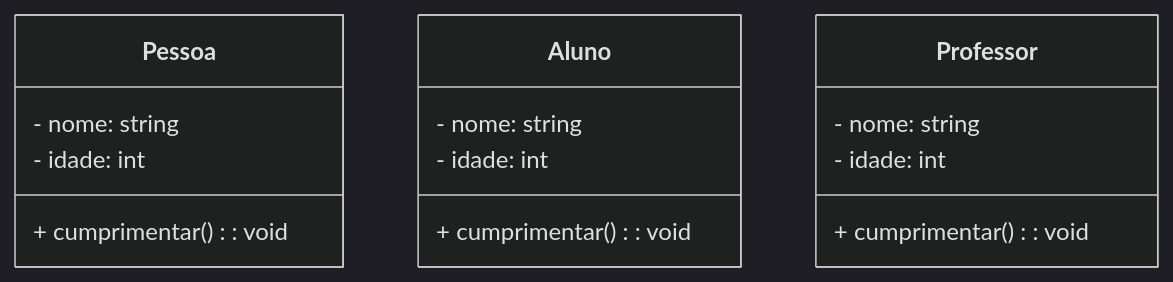
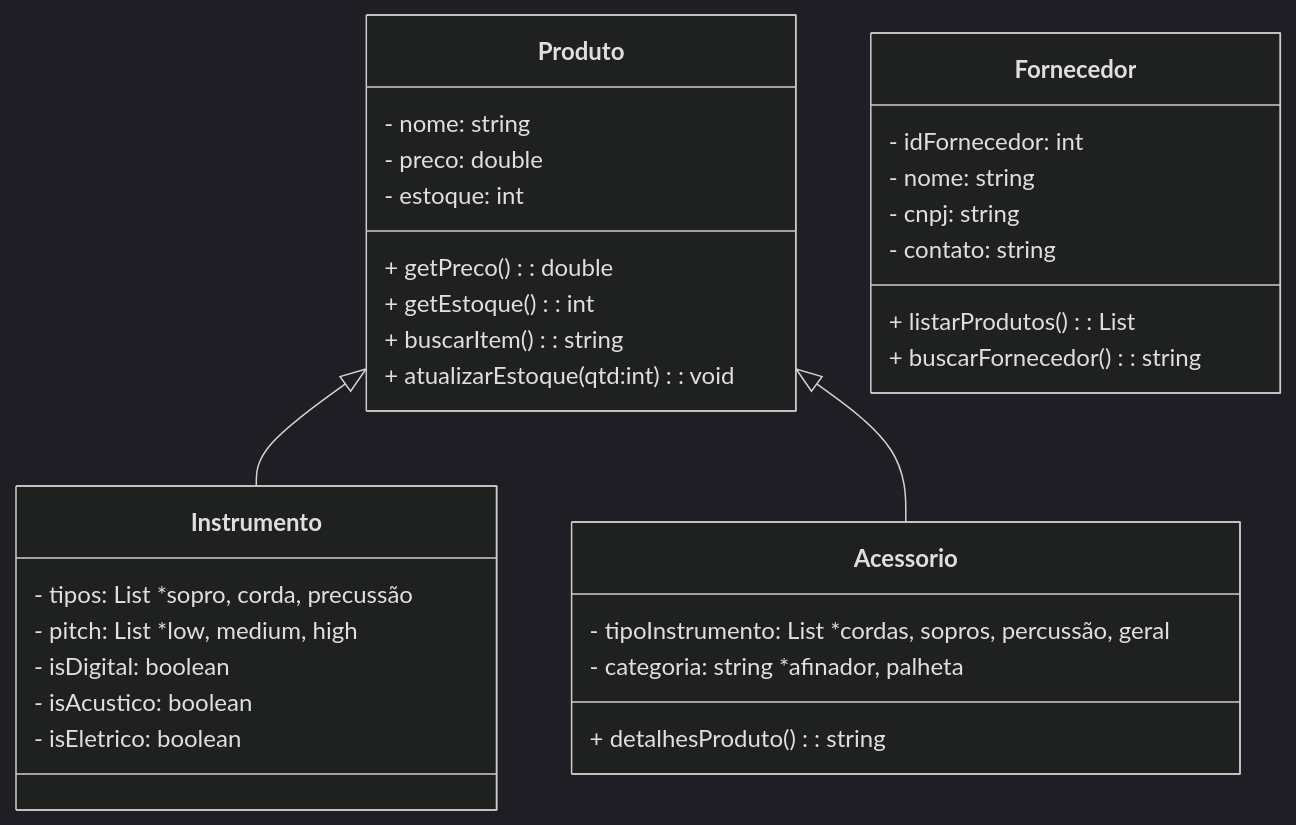
One commit to gianluca-berria/poojavaceub-grupo9 changed the diagram in gianluca.md. Above: the diagram before and after it, drawn with Mermaid (dark theme).

````diff
--- a/gianluca.md
+++ b/gianluca.md
@@ -1,18 +1,37 @@
 ```mermaid
 classDiagram
-  class Pessoa {
+  class Produto {
     - nome: string
-    - idade: int
-    + cumprimentar(): void
+    - preco: double
+    - estoque: int
+    + getPreco(): double
+    + getEstoque(): int
+    + buscarItem(): string
+    + atualizarEstoque(qtd:int): void
   }
-class Aluno {
+
+  class Instrumento {
+    - tipos: List<string>  *sopro, corda, precussão
+    - pitch: List<string>  *low, medium, high
+    - isDigital: boolean
+    - isAcustico: boolean
+    - isEletrico: boolean
+  }
+
+  class Acessorio {
+    - tipoInstrumento: List<string>   *cordas, sopros, percussão, geral
+    - categoria: string               *afinador, palheta
+    + detalhesProduto(): string
+  }
+class Fornecedor {
+    - idFornecedor: int
     - nome: string
-    - idade: int
-    + cumprimentar(): void
+    - cnpj: string
+    - contato: string
+    + listarProdutos(): List<Produto>
+    + buscarFornecedor(): string
   }
-class Professor {
-    - nome: string
-    - idade: int
-    + cumprimentar(): void
-  }
+
+Produto <|-- Instrumento
+Produto <|-- Acessorio
 ```
````
